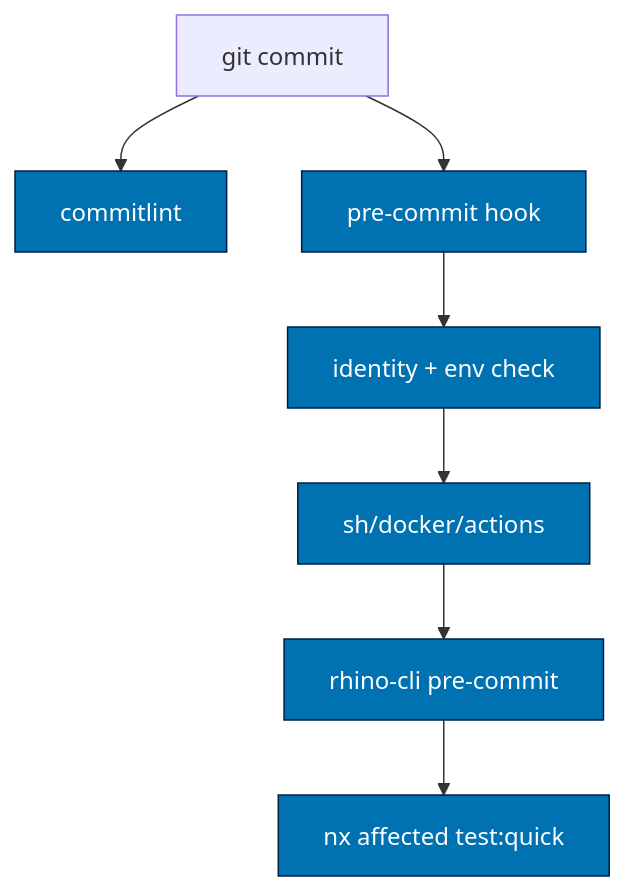
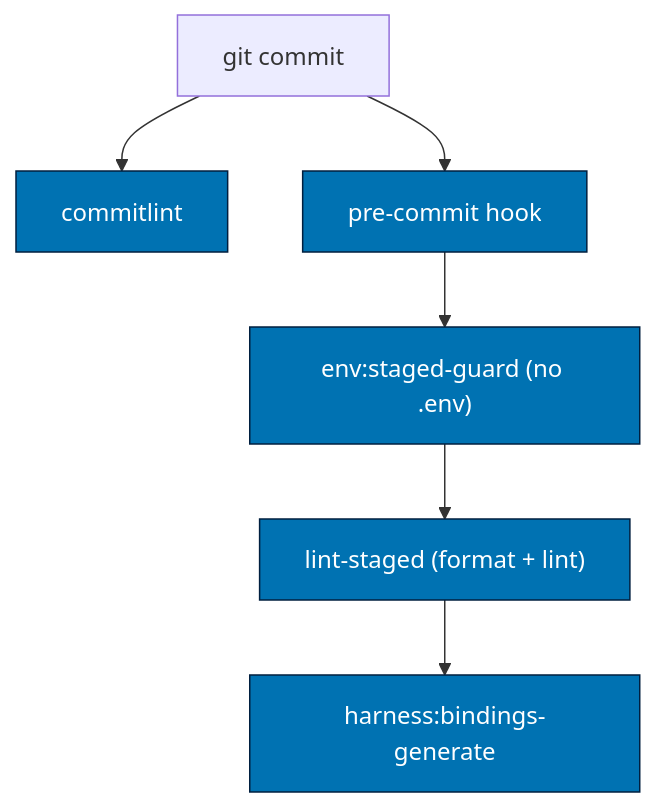
The fourth of 8 diagrams in plans/in-progress/standardize-rhino-cli-sdlc-parity/tech-docs.md (wahidyankf/baseerah), drawn with Mermaid before and after one commit. The commit also changed other lines of this file and 4 other files, not shown here.

First line of the commit message:
docs(plans): rhino-cli SDLC parity — lint-staged tool-lint, fast pre-commit, gate clarity

````diff
--- a/plans/in-progress/standardize-rhino-cli-sdlc-parity/tech-docs.md
+++ b/plans/in-progress/standardize-rhino-cli-sdlc-parity/tech-docs.md
@@ -700,12 +735,11 @@
 ```mermaid
 flowchart TD
     A[git commit] --> B[commitlint]
     A --> C[pre-commit hook]
-    C --> C1[identity + env check]
-    C1 --> C2["sh/docker/actions"]
-    C2 --> C3[rhino-cli pre-commit]
-    C3 --> C4[nx affected test:quick]
+    C --> C1["env:staged-guard (no .env)"]
+    C1 --> C2["lint-staged (format + lint)"]
+    C2 --> C3["harness:bindings-generate"]
 
     classDef hook fill:#0072B2,color:#ffffff,stroke:#001f3f
-    class B,C,C1,C2,C3,C4 hook
+    class B,C,C1,C2,C3 hook
 ```
````
